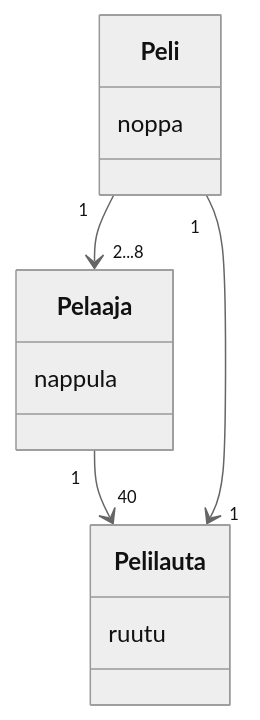
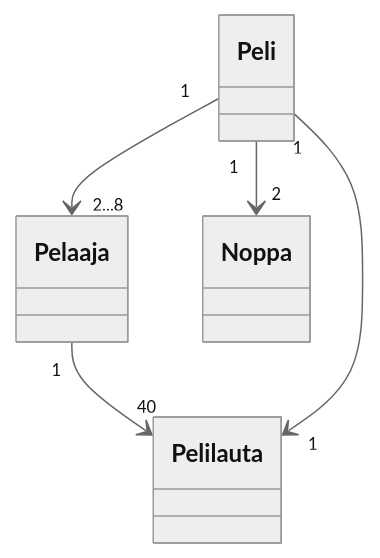
One commit to Aaltonenn/ot-harjoitustyo changed the diagram in laskarit/viikko3/monopoli1.md. Above: the diagram before and after it, drawn with Mermaid (neutral theme).

````diff
--- a/laskarit/viikko3/monopoli1.md
+++ b/laskarit/viikko3/monopoli1.md
@@ -3,16 +3,14 @@
 ```mermaid
  classDiagram
       Pelaaja "1" --> "40" Pelilauta
       Peli "1" --> "2...8" Pelaaja
       Peli "1" --> "1" Pelilauta
+      Peli "1" --> "2" Noppa
 
       class Pelaaja{
-          nappula
       }
       class Pelilauta{
-          ruutu
       }
       class Peli{
-          noppa
       }
 ```
````
